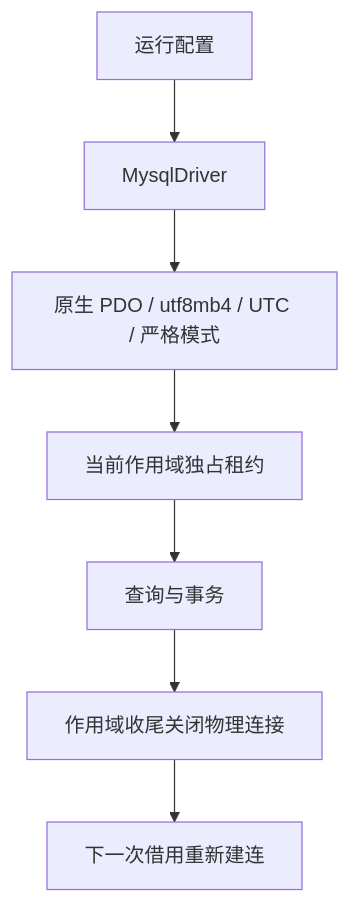
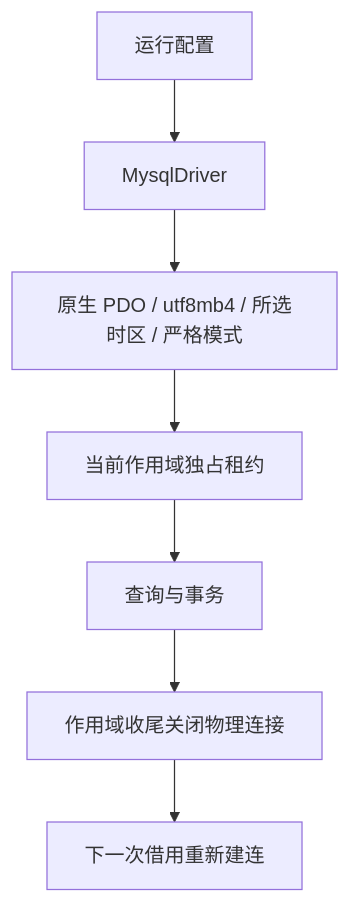
Before and after one commit to zoujingli/typeapp: the diagram in docs/guide/plugins/type-orm-mysql.md, drawn with Mermaid. The commit also changed other lines of this file and 6 other files, not shown here.

````diff
--- a/docs/guide/plugins/type-orm-mysql.md
+++ b/docs/guide/plugins/type-orm-mysql.md
@@ -79,9 +79,9 @@
 ```mermaid
 flowchart TB
     Config[运行配置] --> Driver[MysqlDriver]
-    Driver --> Init[原生 PDO / utf8mb4 / UTC / 严格模式]
+    Driver --> Init[原生 PDO / utf8mb4 / 所选时区 / 严格模式]
     Init --> Lease[当前作用域独占租约]
     Lease --> Work[查询与事务]
     Work --> Close[作用域收尾关闭物理连接]
     Close --> Next[下一次借用重新建连]
 ```
````
